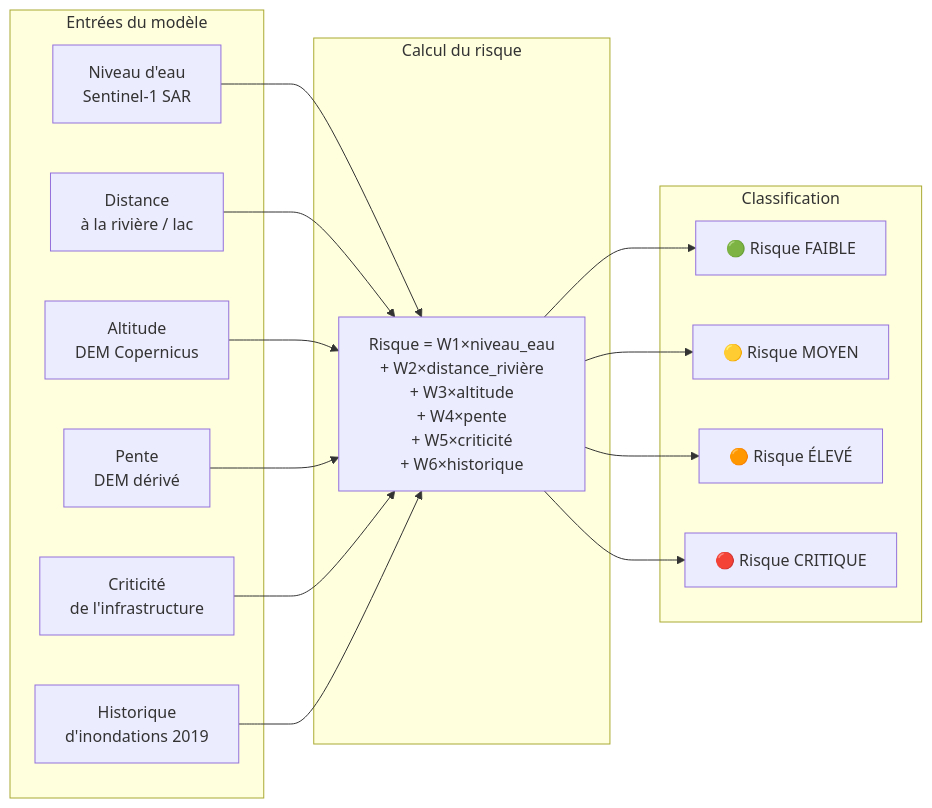
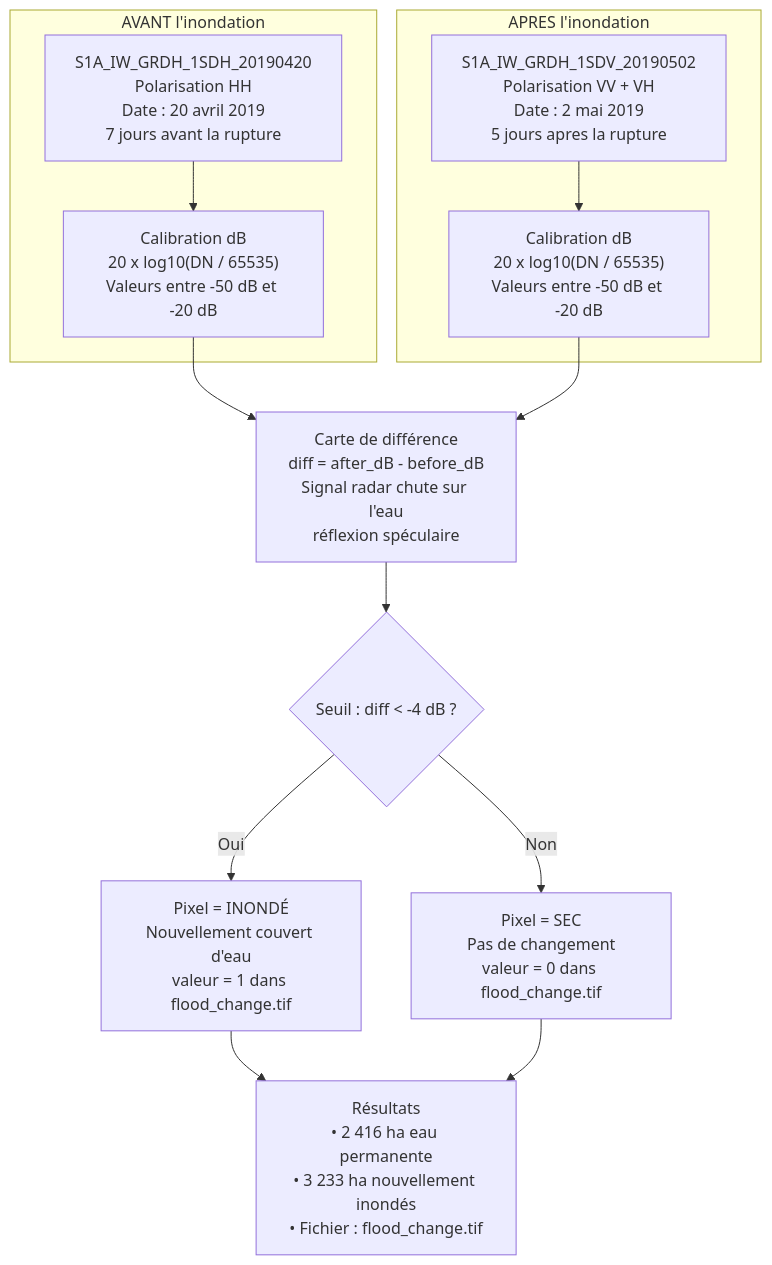
Before and after one commit to modou5604501/projet_Session: the third of 5 diagrams in DIAGRAMME_MERMAID.md, drawn with Mermaid. The commit also changed other lines of this file and 1 other file, not shown here.

````diff
--- a/DIAGRAMME_MERMAID.md
+++ b/DIAGRAMME_MERMAID.md
@@ -156,35 +91,31 @@
 ```mermaid
-flowchart LR
-
-    subgraph ENTREES["Entrées du modèle"]
-        E1["Niveau d'eau\nSentinel-1 SAR"]
-        E2["Distance\nà la rivière / lac"]
-        E3["Altitude\nDEM Copernicus"]
-        E4["Pente\nDEM dérivé"]
-        E5["Criticité\nde l'infrastructure"]
-        E6["Historique\nd'inondations 2019"]
+flowchart TD
+    subgraph AVANT["AVANT l'inondation"]
+        S1["S1A_IW_GRDH_1SDH_20190420\nPolarisation HH\nDate : 20 avril 2019\n7 jours avant la rupture"]
+        CAL1["Calibration dB\n20 x log10(DN / 65535)\nValeurs entre -50 dB et -20 dB"]
     end
 
-    subgraph CALCUL["Calcul du risque"]
-        R["Risque = W1×niveau_eau\n+ W2×distance_rivière\n+ W3×altitude\n+ W4×pente\n+ W5×criticité\n+ W6×historique"]
+    subgraph APRES["APRES l'inondation"]
+        S2["S1A_IW_GRDH_1SDV_20190502\nPolarisation VV + VH\nDate : 2 mai 2019\n5 jours apres la rupture"]
+        CAL2["Calibration dB\n20 x log10(DN / 65535)\nValeurs entre -50 dB et -20 dB"]
     end
 
-    subgraph CLASSES["Classification"]
-        C1["🟢 Risque FAIBLE"]
-        C2["🟡 Risque MOYEN"]
-        C3["🟠 Risque ÉLEVÉ"]
-        C4["🔴 Risque CRITIQUE"]
-    end
+    DIFF["Carte de différence\ndiff = after_dB - before_dB\nSignal radar chute sur l'eau\nréflexion spéculaire"]
 
-    E1 --> R
-    E2 --> R
-    E3 --> R
-    E4 --> R
-    E5 --> R
-    E6 --> R
+    SEUIL{"Seuil : diff < -4 dB ?"}
 
-    R --> C1
-    R --> C2
-    R --> C3
-    R --> C4
+    FLOODED["Pixel = INONDÉ\nNouvellement couvert d'eau\nvaleur = 1 dans flood_change.tif"]
+    DRY["Pixel = SEC\nPas de changement\nvaleur = 0 dans flood_change.tif"]
+
+    RESULT["Résultats\n• 2 416 ha eau permanente\n• 3 233 ha nouvellement inondés\n• Fichier : flood_change.tif"]
+
+    S1 --> CAL1
+    S2 --> CAL2
+    CAL1 --> DIFF
+    CAL2 --> DIFF
+    DIFF --> SEUIL
+    SEUIL -- Oui --> FLOODED
+    SEUIL -- Non --> DRY
+    FLOODED --> RESULT
+    DRY --> RESULT
 ```
````
